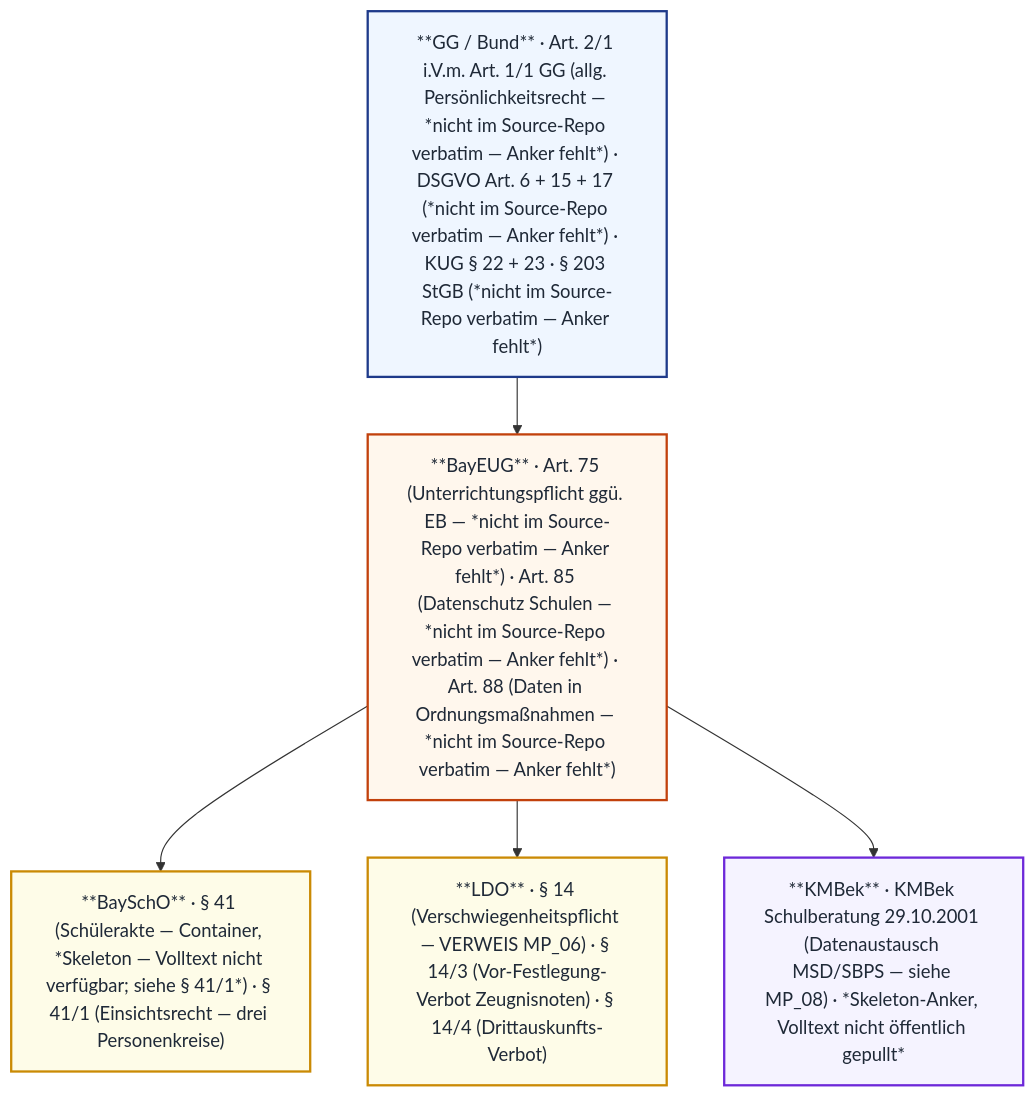
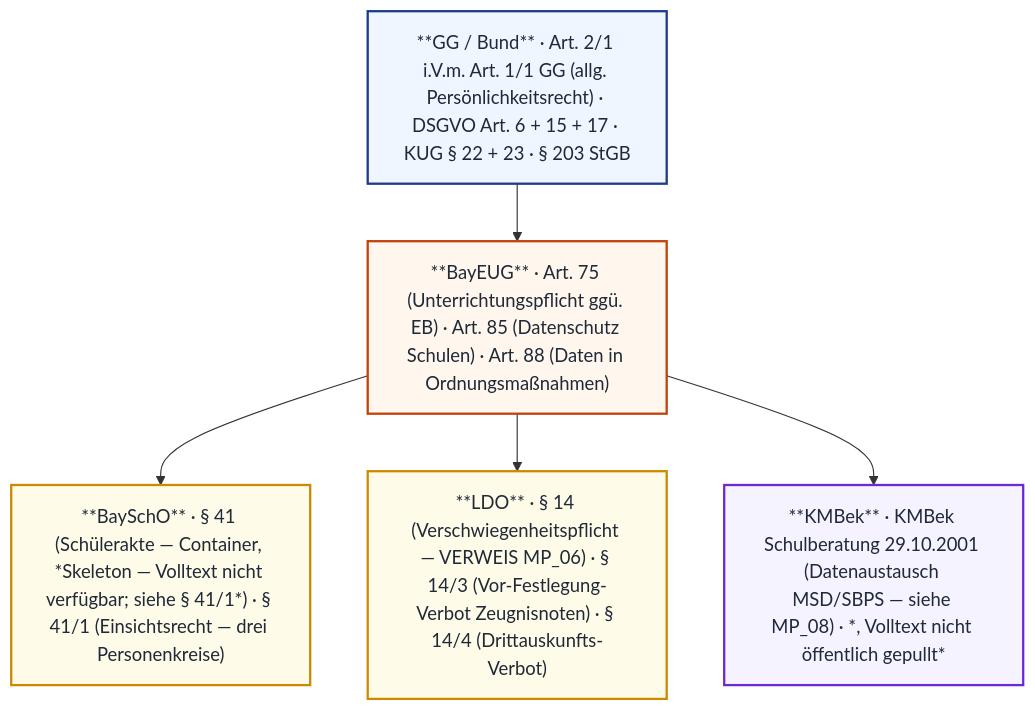
Before and after one commit to snflsknfkldnfs/weitergehts-online: the first of 5 diagrams in _mkdocs/docs/mp09/index.md, drawn with Mermaid. The commit also changed other lines of this file and 27 other files, not shown here.

````diff
--- a/_mkdocs/docs/mp09/index.md
+++ b/_mkdocs/docs/mp09/index.md
@@ -13,18 +13,18 @@
 ```mermaid
 flowchart TB
-    GG["**GG / Bund** · Art. 2/1 i.V.m. Art. 1/1 GG (allg. Persönlichkeitsrecht — *nicht im Source-Repo verbatim — Anker fehlt*) · DSGVO Art. 6 + 15 + 17 (*nicht im Source-Repo verbatim — Anker fehlt*) · KUG § 22 + 23 · § 203 StGB (*nicht im Source-Repo verbatim — Anker fehlt*)"]:::bund
-    BAY["**BayEUG** · Art. 75 (Unterrichtungspflicht ggü. EB — *nicht im Source-Repo verbatim — Anker fehlt*) · Art. 85 (Datenschutz Schulen — *nicht im Source-Repo verbatim — Anker fehlt*) · Art. 88 (Daten in Ordnungsmaßnahmen — *nicht im Source-Repo verbatim — Anker fehlt*)"]:::bay
-    SCHO["**BaySchO** · § 41 (Schülerakte — Container, *Skeleton — Volltext nicht verfügbar; siehe § 41/1*) · § 41/1 (Einsichtsrecht — drei Personenkreise)"]:::vo
-    LDO["**LDO** · § 14 (Verschwiegenheitspflicht — VERWEIS MP_06) · § 14/3 (Vor-Festlegung-Verbot Zeugnisnoten) · § 14/4 (Drittauskunfts-Verbot)"]:::vo
-    KMBEK["**KMBek** · KMBek Schulberatung 29.10.2001 (Datenaustausch MSD/SBPS — siehe MP_08) · *Skeleton-Anker, Volltext nicht öffentlich gepullt*"]:::kmbek
+ GG["**GG / Bund** · Art. 2/1 i.V.m. Art. 1/1 GG (allg. Persönlichkeitsrecht) · DSGVO Art. 6 + 15 + 17 · KUG § 22 + 23 · § 203 StGB "]:::bund
+ BAY["**BayEUG** · Art. 75 (Unterrichtungspflicht ggü. EB) · Art. 85 (Datenschutz Schulen) · Art. 88 (Daten in Ordnungsmaßnahmen)"]:::bay
+ SCHO["**BaySchO** · § 41 (Schülerakte — Container, *Skeleton — Volltext nicht verfügbar; siehe § 41/1*) · § 41/1 (Einsichtsrecht — drei Personenkreise)"]:::vo
+ LDO["**LDO** · § 14 (Verschwiegenheitspflicht — VERWEIS MP_06) · § 14/3 (Vor-Festlegung-Verbot Zeugnisnoten) · § 14/4 (Drittauskunfts-Verbot)"]:::vo
+ KMBEK["**KMBek** · KMBek Schulberatung 29.10.2001 (Datenaustausch MSD/SBPS — siehe MP_08) · *, Volltext nicht öffentlich gepullt*"]:::kmbek
 
-    GG --> BAY
-    BAY --> SCHO
-    BAY --> LDO
-    BAY --> KMBEK
+ GG --> BAY
+ BAY --> SCHO
+ BAY --> LDO
+ BAY --> KMBEK
 
-    classDef bund fill:#eff6ff,stroke:#1e3a8a,stroke-width:2px,color:#1f2937
-    classDef bay fill:#fff7ed,stroke:#c2410c,stroke-width:2px,color:#1f2937
-    classDef vo fill:#fefce8,stroke:#ca8a04,stroke-width:2px,color:#1f2937
-    classDef kmbek fill:#f5f3ff,stroke:#6d28d9,stroke-width:2px,color:#1f2937
+ classDef bund fill:#eff6ff,stroke:#1e3a8a,stroke-width:2px,color:#1f2937
+ classDef bay fill:#fff7ed,stroke:#c2410c,stroke-width:2px,color:#1f2937
+ classDef vo fill:#fefce8,stroke:#ca8a04,stroke-width:2px,color:#1f2937
+ classDef kmbek fill:#f5f3ff,stroke:#6d28d9,stroke-width:2px,color:#1f2937
 ```
````
